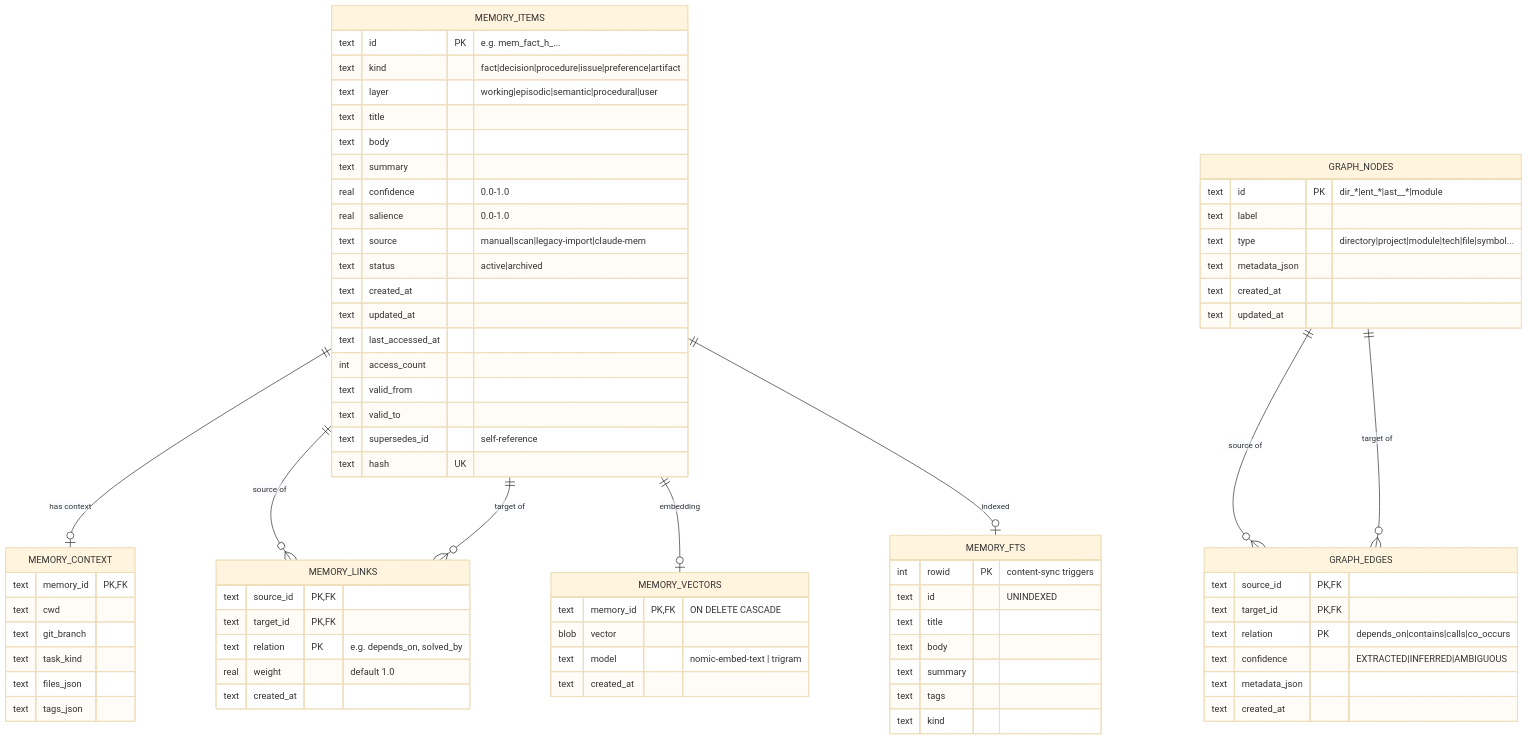
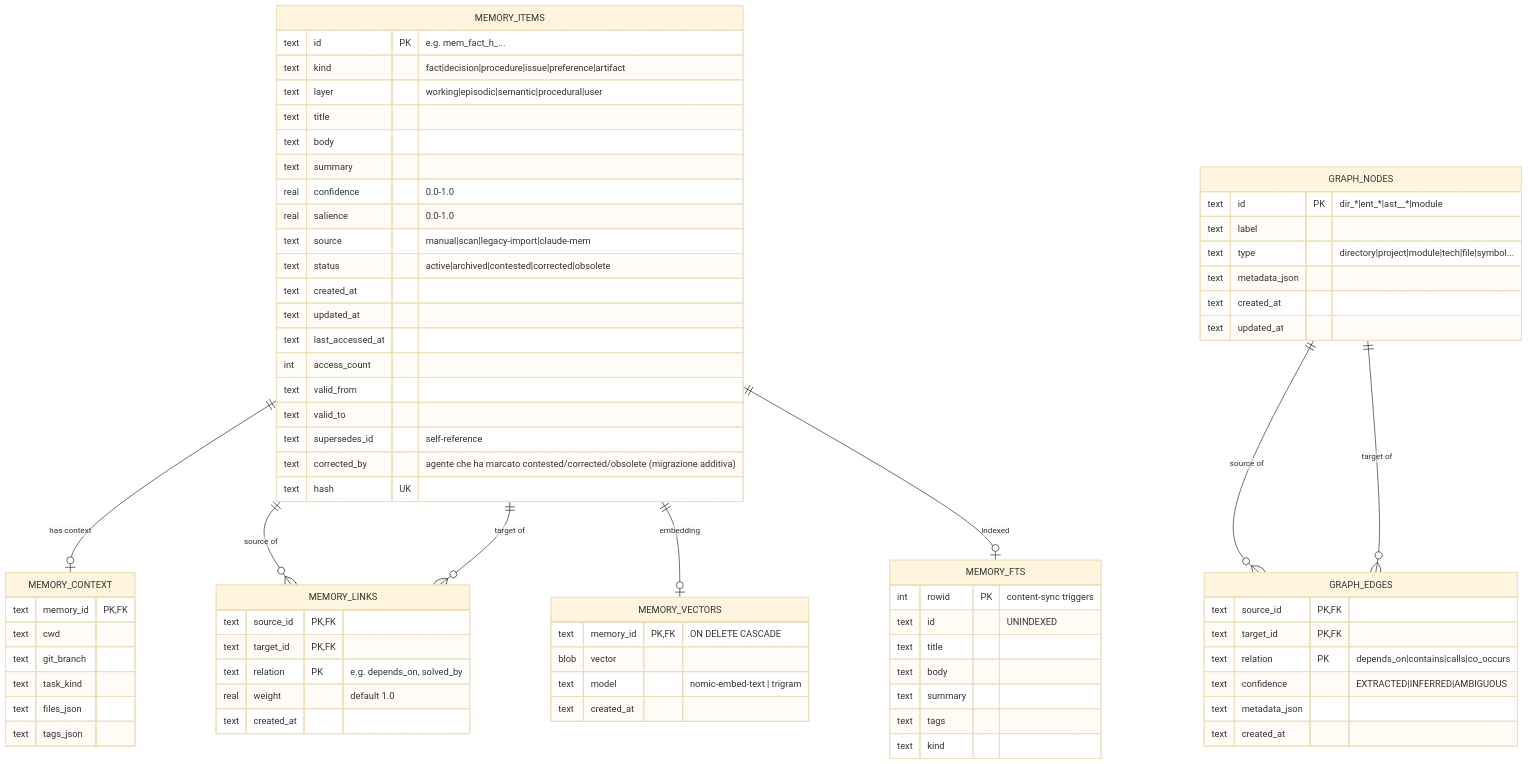
The diagram in docs/DATABASE-SCHEMA.md (alessiobacin/code-mem), drawn with Mermaid (base theme) before and after one commit. The commit also changed 8 other files, not shown here.

```diff
--- a/docs/DATABASE-SCHEMA.md
+++ b/docs/DATABASE-SCHEMA.md
@@ -27,7 +27,7 @@
         real confidence "0.0-1.0"
         real salience "0.0-1.0"
         text source "manual|scan|legacy-import|claude-mem"
-        text status "active|archived"
+        text status "active|archived|contested|corrected|obsolete"
         text created_at
         text updated_at
         text last_accessed_at
@@ -35,6 +35,7 @@
         text valid_from
         text valid_to
         text supersedes_id "self-reference"
+        text corrected_by "agente che ha marcato contested/corrected/obsolete (migrazione additiva)"
         text hash UK
     }
 
```
